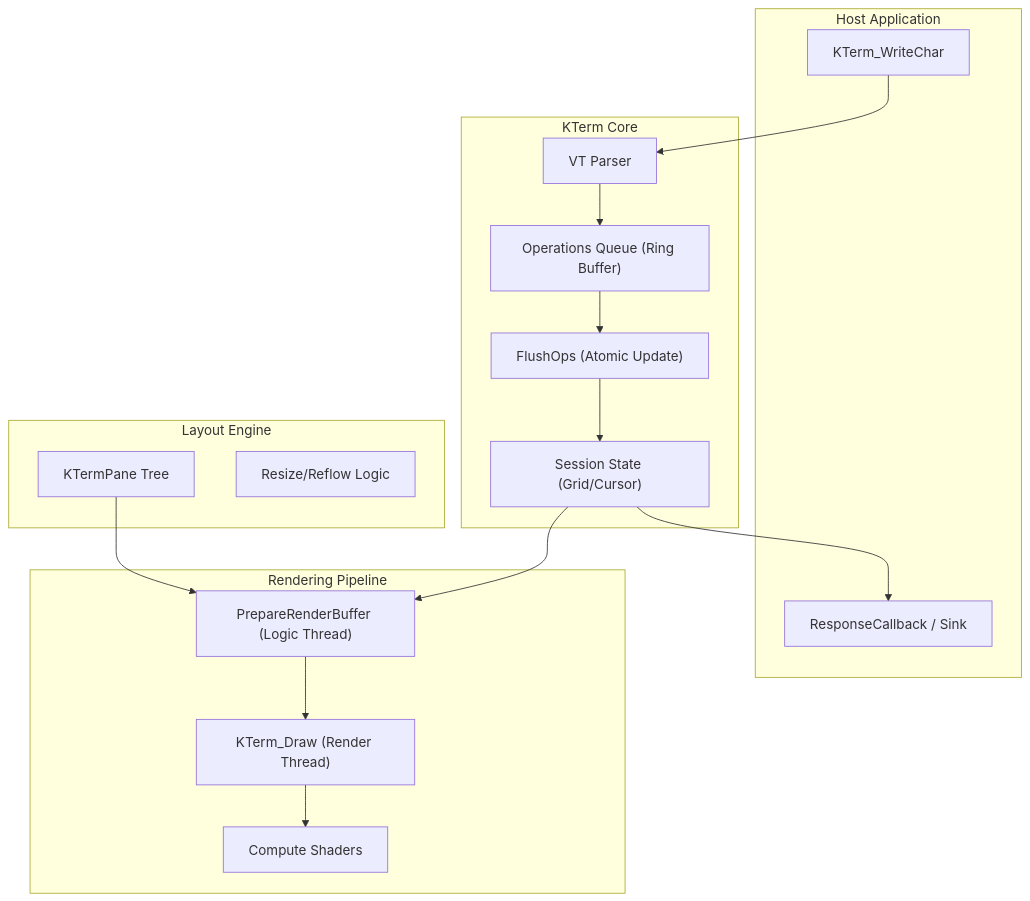
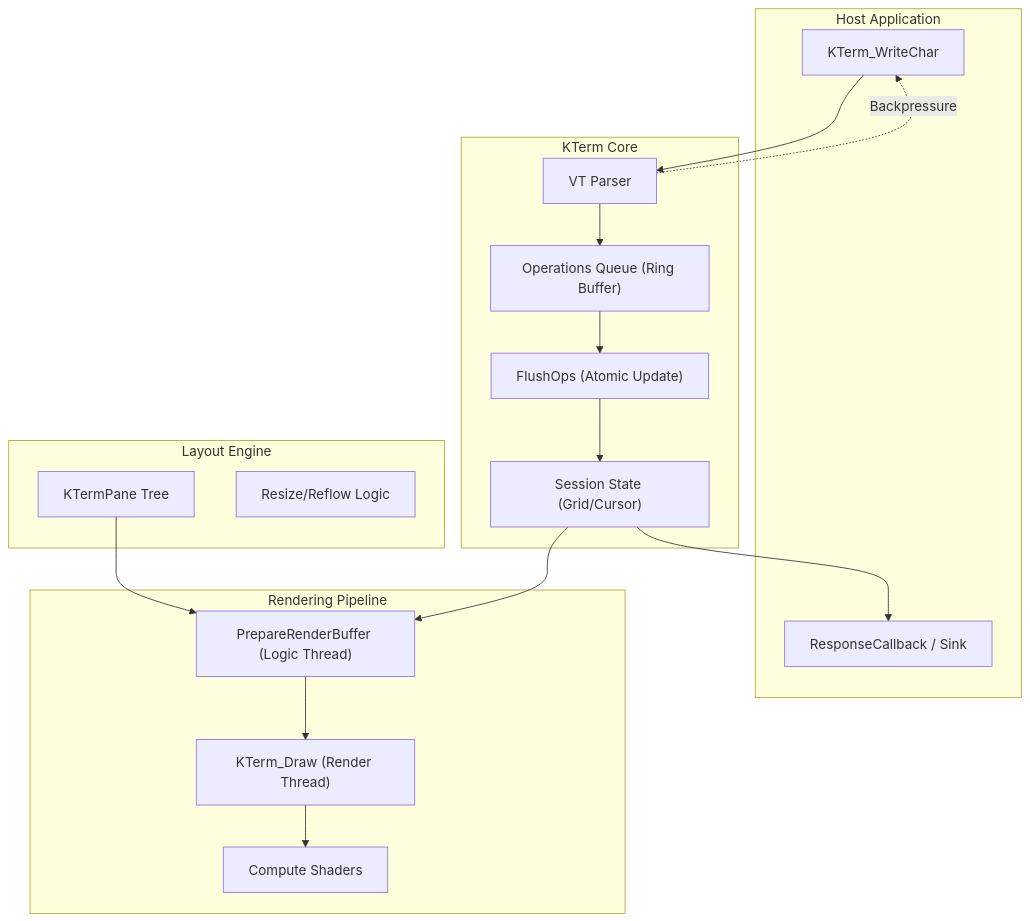
One commit to jmorel33/K-Term changed the first of 4 diagrams in doc/kterm.md. Above: the diagram before and after it, drawn with Mermaid. The commit also changed other lines of this file and 7 other files, not shown here.

````diff
--- a/doc/kterm.md
+++ b/doc/kterm.md
@@ -274,35 +274,36 @@
 ```mermaid
 graph TD
     subgraph Host ["Host Application"]
         Input["KTerm_WriteChar"]
         Callbacks["ResponseCallback / Sink"]
     end
 
     subgraph Core ["KTerm Core"]
         Parser["VT Parser"]
         OpQueue["Operations Queue (Ring Buffer)"]
         Flush["FlushOps (Atomic Update)"]
         Session["Session State (Grid/Cursor)"]
     end
 
     subgraph LayoutEngine ["Layout Engine"]
         LayoutTree["KTermPane Tree"]
         Reflow["Resize/Reflow Logic"]
     end
 
     subgraph Renderer ["Rendering Pipeline"]
         Prep["PrepareRenderBuffer (Logic Thread)"]
         Draw["KTerm_Draw (Render Thread)"]
         GPU["Compute Shaders"]
     end
 
     Input --> Parser
     Parser --> OpQueue
     OpQueue --> Flush
     Flush --> Session
+    Parser -.->|Backpressure| Input
     Session --> Prep
     LayoutTree --> Prep
     Prep --> Draw
     Draw --> GPU
     Session --> Callbacks
 ```
````
